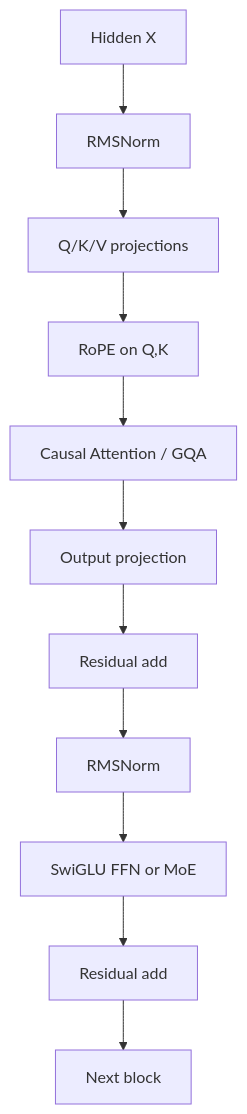
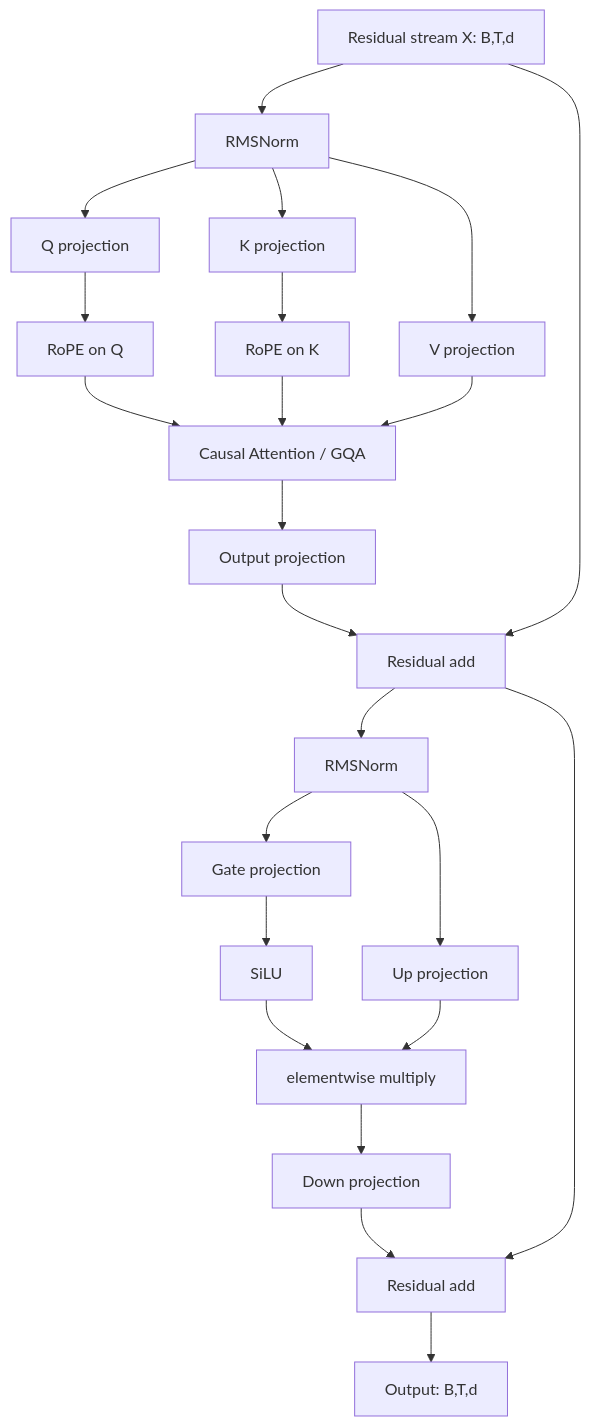
One commit to Yukun-Zheng/LLM-development changed the diagram in 教材-book/04-现代LLM架构-modern-architecture.md. Above: the diagram before and after it, drawn with Mermaid. The commit also changed other lines of this file, not shown here.

Commit message:
Expand modern LLM architecture chapter to implementation-level tensor and systems guide

````diff
--- a/教材-book/04-现代LLM架构-modern-architecture.md
+++ b/教材-book/04-现代LLM架构-modern-architecture.md
@@ -11,13 +136,25 @@
 ```mermaid
 flowchart TD
-    X[Hidden X] --> N1[RMSNorm]
-    N1 --> QKV[Q/K/V projections]
-    QKV --> R[RoPE on Q,K]
-    R --> A[Causal Attention / GQA]
-    A --> O[Output projection]
-    O --> R1[Residual add]
-    R1 --> N2[RMSNorm]
-    N2 --> F[SwiGLU FFN or MoE]
-    F --> R2[Residual add]
-    R2 --> Y[Next block]
+    X[Residual stream X: B,T,d] --> N1[RMSNorm]
+    N1 --> Q[Q projection]
+    N1 --> K[K projection]
+    N1 --> V[V projection]
+    Q --> RQ[RoPE on Q]
+    K --> RK[RoPE on K]
+    RQ --> ATT[Causal Attention / GQA]
+    RK --> ATT
+    V --> ATT
+    ATT --> O[Output projection]
+    O --> ADD1[Residual add]
+    X --> ADD1
+    ADD1 --> N2[RMSNorm]
+    N2 --> G[Gate projection]
+    N2 --> U[Up projection]
+    G --> SILU[SiLU]
+    SILU --> MUL[elementwise multiply]
+    U --> MUL
+    MUL --> D[Down projection]
+    D --> ADD2[Residual add]
+    ADD1 --> ADD2
+    ADD2 --> Y[Output: B,T,d]
 ```
````
